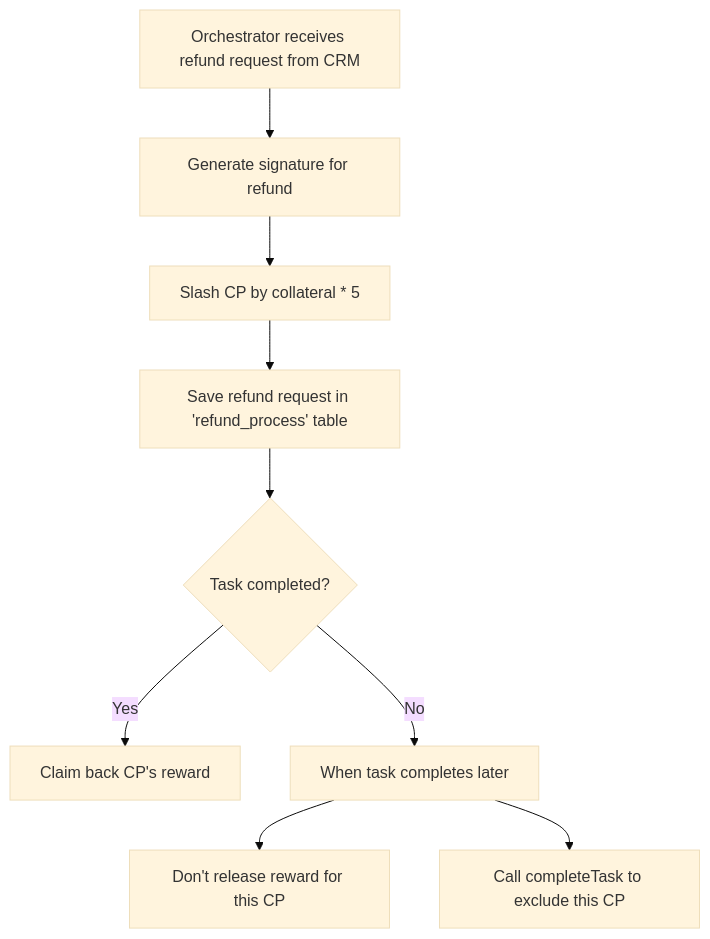
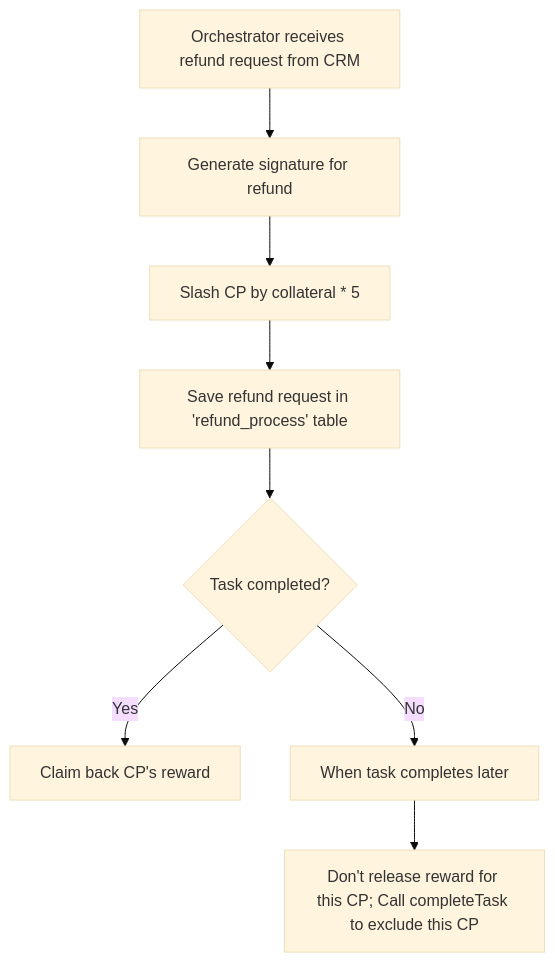
Before and after one commit to alphaflows/workbench: the third of 3 diagrams in drafts/crm/refund_request_v2.md, drawn with Mermaid (base theme).

Commit message:
update refund req

````diff
--- a/drafts/crm/refund_request_v2.md
+++ b/drafts/crm/refund_request_v2.md
@@ -51,11 +51,10 @@
 ```mermaid
 graph TD
     A[Orchestrator receives refund request from CRM] --> B[Generate signature for refund]
     B --> C[Slash CP by collateral * 5]
     C --> D[Save refund request in 'refund_process' table]
     D --> E{Task completed?}
     E -->|Yes| F[Claim back CP's reward]
     E -->|No| G[When task completes later]
-    G --> H[Don't release reward for this CP]
-    G --> I[Call completeTask to exclude this CP]
+    G --> H[Don't release reward for this CP; Call completeTask to exclude this CP]
 ```
````
